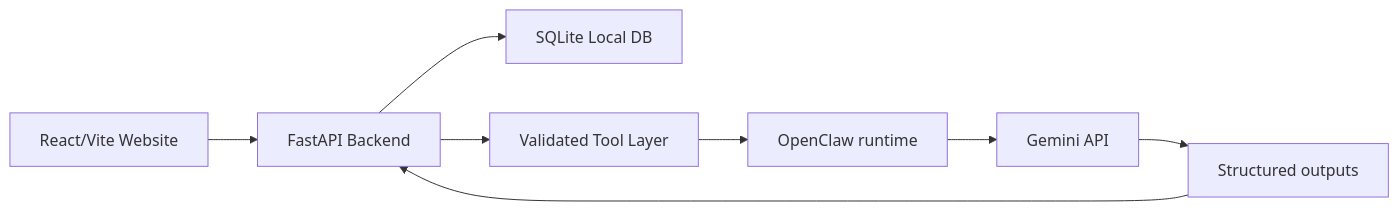
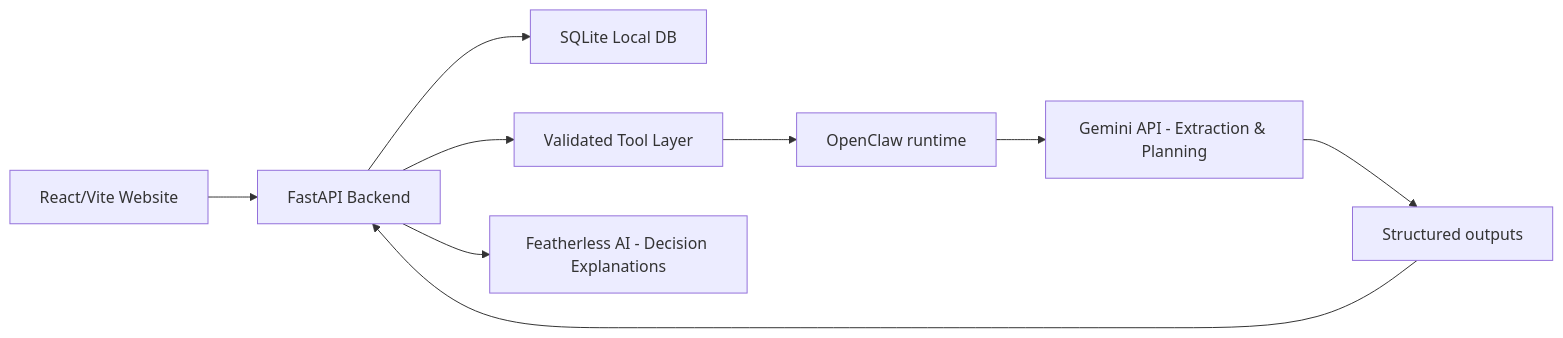
Before and after one commit to Ajay-ch7/StudentLife_OS: the diagram in README.md, drawn with Mermaid. The commit also changed other lines of this file and 23 other files, not shown here.

Commit message:
feat: autonomous Job Agent with SOP drafting and Featherless AI decision explanation flow

````diff
--- a/README.md
+++ b/README.md
@@ -96,10 +98,11 @@
 ```mermaid
 flowchart LR
     A[React/Vite Website] --> B[FastAPI Backend]
     B --> C[SQLite Local DB]
     B --> D[Validated Tool Layer]
     D --> E[OpenClaw runtime]
-    E --> F[Gemini API]
+    E --> F[Gemini API - Extraction & Planning]
+    B --> H[Featherless AI - Decision Explanations]
     F --> G[Structured outputs]
     G --> B
 ```
````
